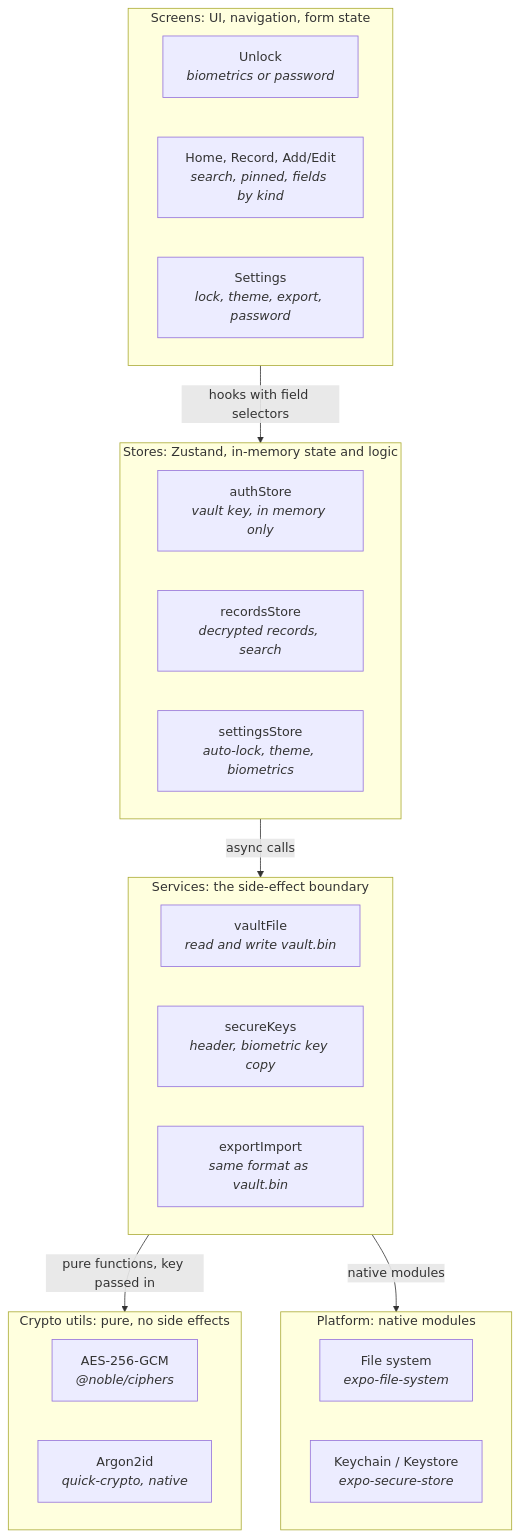
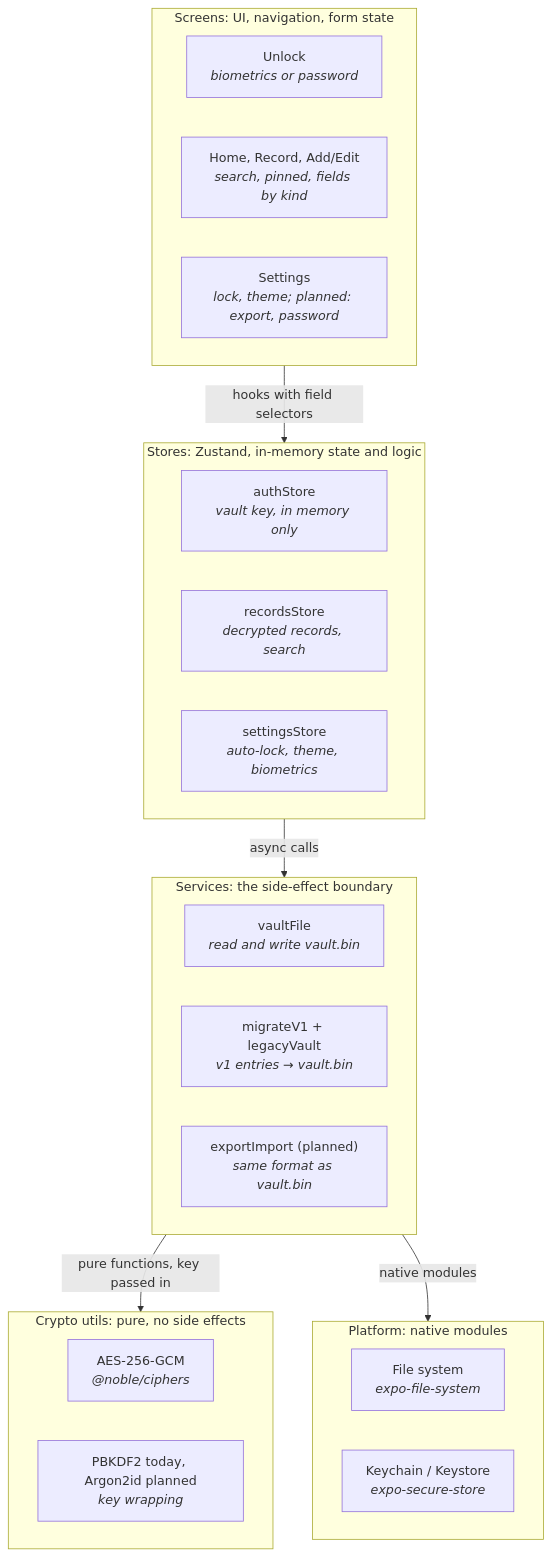
The first of 2 diagrams in ARCHITECTURE.md (terzidest/InfoVault), drawn with Mermaid before and after one commit. The commit also changed other lines of this file and 56 other files, not shown here.

````diff
--- a/ARCHITECTURE.md
+++ b/ARCHITECTURE.md
@@ -30,35 +30,35 @@
 ```mermaid
 flowchart TB
     subgraph screens["Screens: UI, navigation, form state"]
         direction LR
         unlock["Unlock<br/><i>biometrics or password</i>"]
         main["Home, Record, Add/Edit<br/><i>search, pinned, fields by kind</i>"]
-        settings["Settings<br/><i>lock, theme, export, password</i>"]
+        settings["Settings<br/><i>lock, theme; planned: export, password</i>"]
     end
     subgraph stores["Stores: Zustand, in-memory state and logic"]
         direction LR
         authStore["authStore<br/><i>vault key, in memory only</i>"]
         recordsStore["recordsStore<br/><i>decrypted records, search</i>"]
         settingsStore["settingsStore<br/><i>auto-lock, theme, biometrics</i>"]
     end
     subgraph services["Services: the side-effect boundary"]
         direction LR
         vaultFile["vaultFile<br/><i>read and write vault.bin</i>"]
-        secureKeys["secureKeys<br/><i>header, biometric key copy</i>"]
-        exportImport["exportImport<br/><i>same format as vault.bin</i>"]
+        migrateV1["migrateV1 + legacyVault<br/><i>v1 entries → vault.bin</i>"]
+        exportImport["exportImport (planned)<br/><i>same format as vault.bin</i>"]
     end
     subgraph crypto["Crypto utils: pure, no side effects"]
         direction LR
         aes["AES-256-GCM<br/><i>@noble/ciphers</i>"]
-        argon["Argon2id<br/><i>quick-crypto, native</i>"]
+        argon["PBKDF2 today, Argon2id planned<br/><i>key wrapping</i>"]
     end
     subgraph platform["Platform: native modules"]
         direction LR
         fs["File system<br/><i>expo-file-system</i>"]
         keystore["Keychain / Keystore<br/><i>expo-secure-store</i>"]
     end
     screens -- "hooks with field selectors" --> stores
     stores -- "async calls" --> services
     services -- "pure functions, key passed in" --> crypto
     services -- "native modules" --> platform
 ```
````
